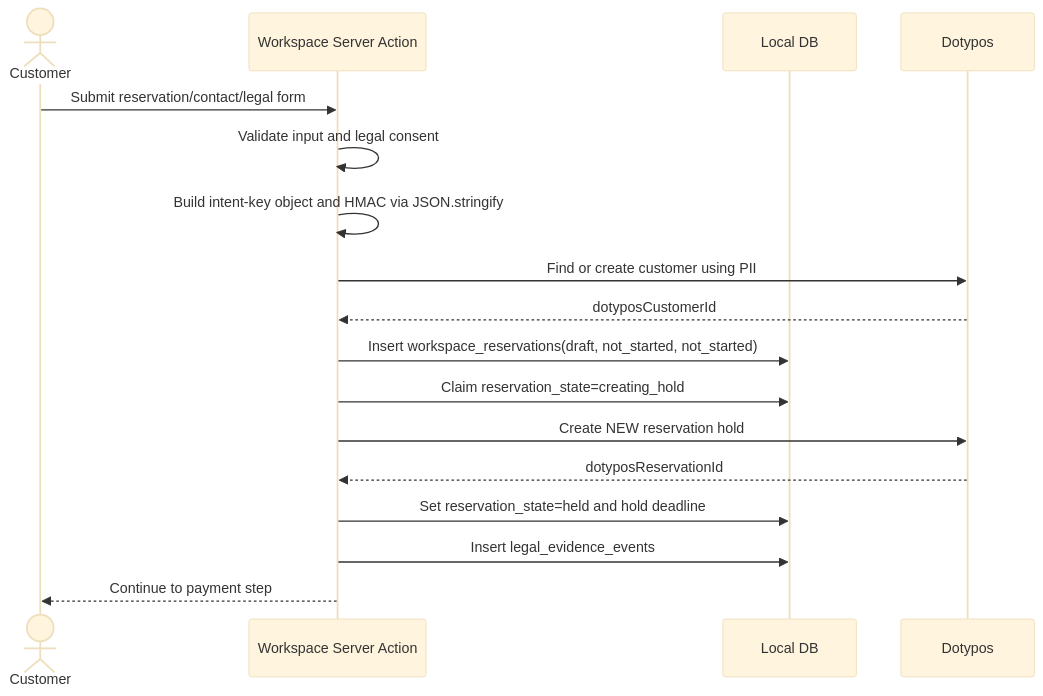
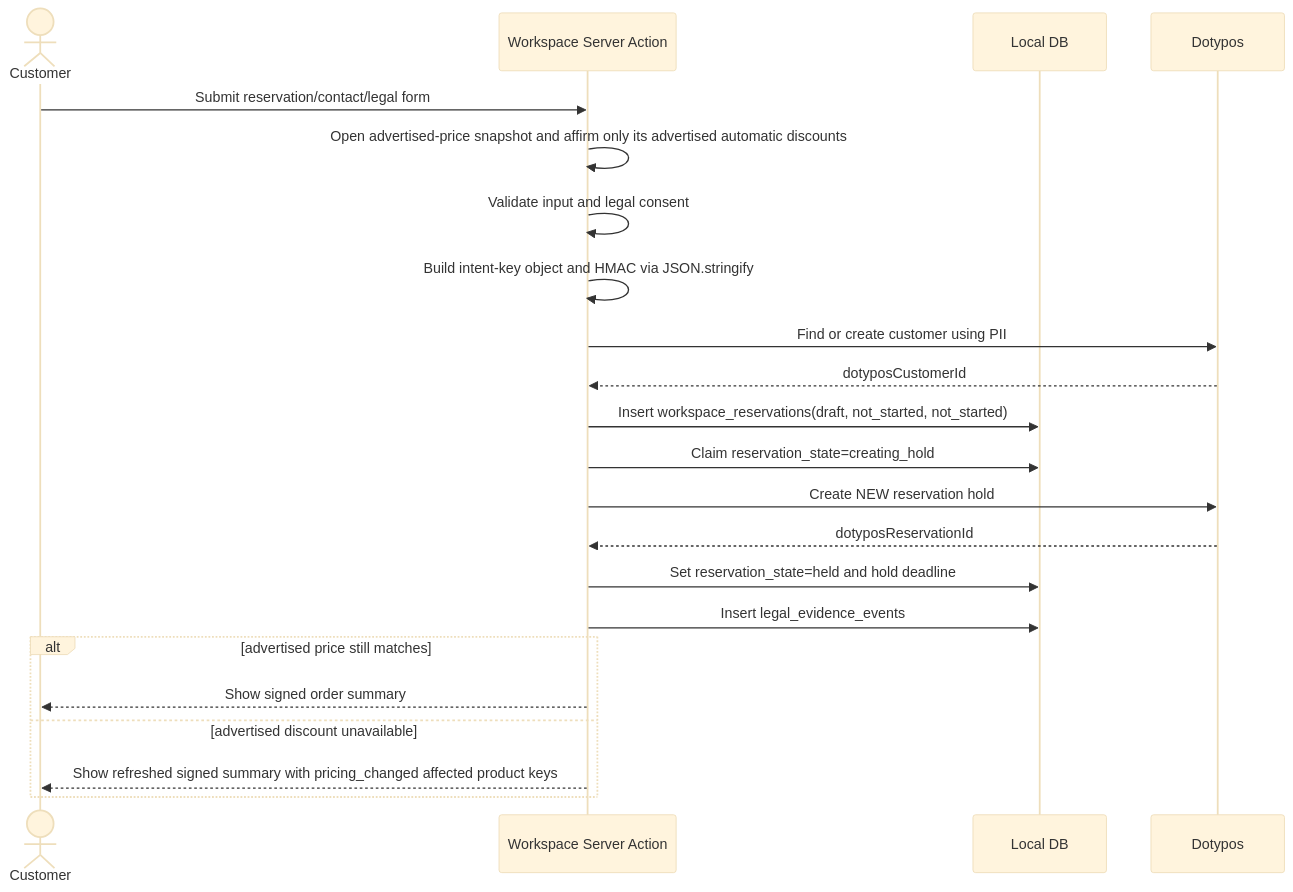
The first of 6 diagrams in apps/deskohub-workspace/docs/checkout-lifecycle.md (totalolage/deskohub-site), drawn with Mermaid (base theme) before and after one commit. The commit also changed other lines of this file and 21 other files, not shown here.

Commit message:
Align inline discounts with checkout price boundaries

````diff
--- a/apps/deskohub-workspace/docs/checkout-lifecycle.md
+++ b/apps/deskohub-workspace/docs/checkout-lifecycle.md
@@ -307,20 +335,25 @@
 ```mermaid
 sequenceDiagram
   actor Customer
   participant App as Workspace Server Action
   participant DB as Local DB
   participant Dotypos
 
   Customer->>App: Submit reservation/contact/legal form
+  App->>App: Open advertised-price snapshot and affirm only its advertised automatic discounts
   App->>App: Validate input and legal consent
   App->>App: Build intent-key object and HMAC via JSON.stringify
   App->>Dotypos: Find or create customer using PII
   Dotypos-->>App: dotyposCustomerId
   App->>DB: Insert workspace_reservations(draft, not_started, not_started)
   App->>DB: Claim reservation_state=creating_hold
   App->>Dotypos: Create NEW reservation hold
   Dotypos-->>App: dotyposReservationId
   App->>DB: Set reservation_state=held and hold deadline
   App->>DB: Insert legal_evidence_events
-  App-->>Customer: Continue to payment step
+  alt advertised price still matches
+    App-->>Customer: Show signed order summary
+  else advertised discount unavailable
+    App-->>Customer: Show refreshed signed summary with pricing_changed affected product keys
+  end
 ```
````
